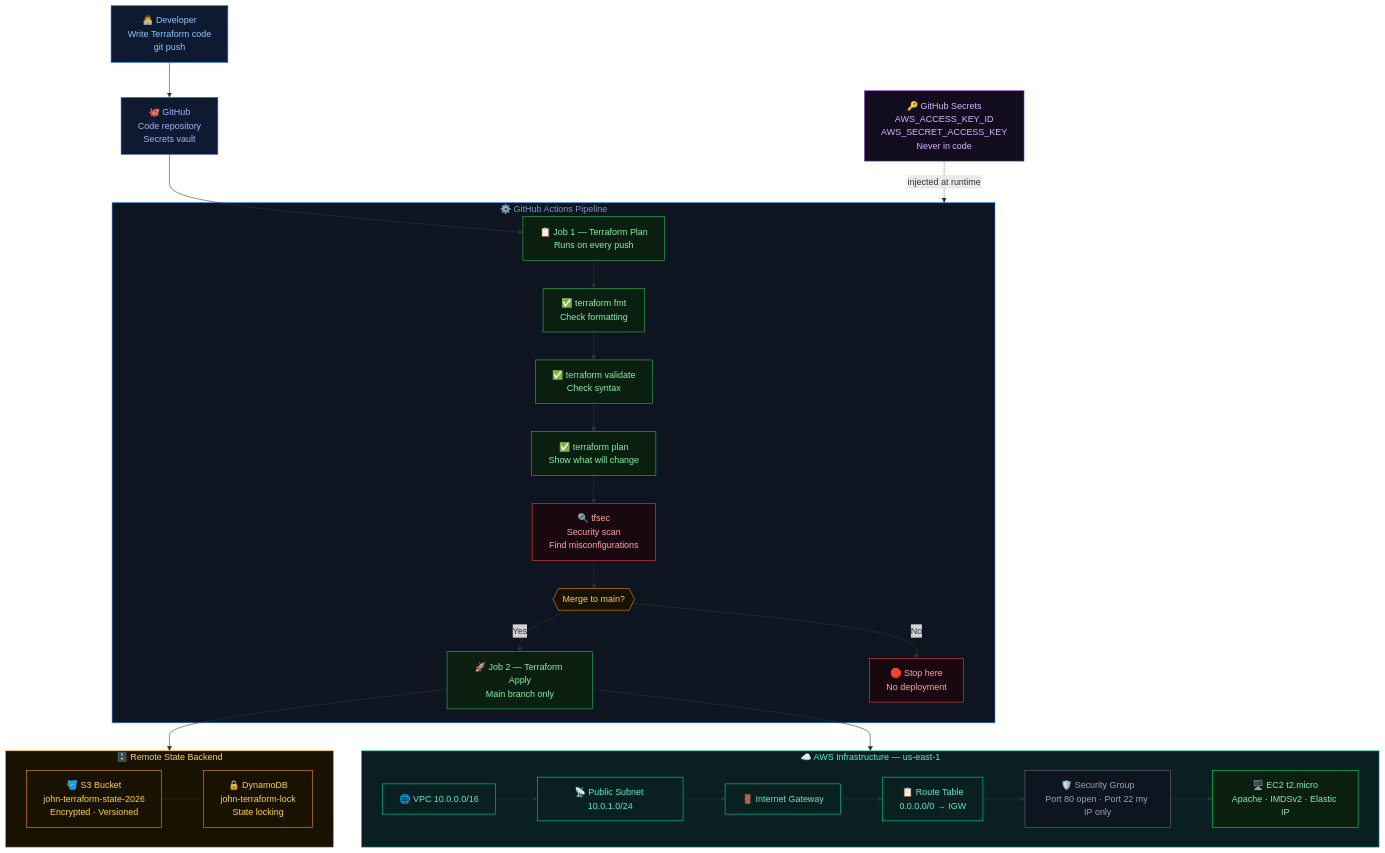
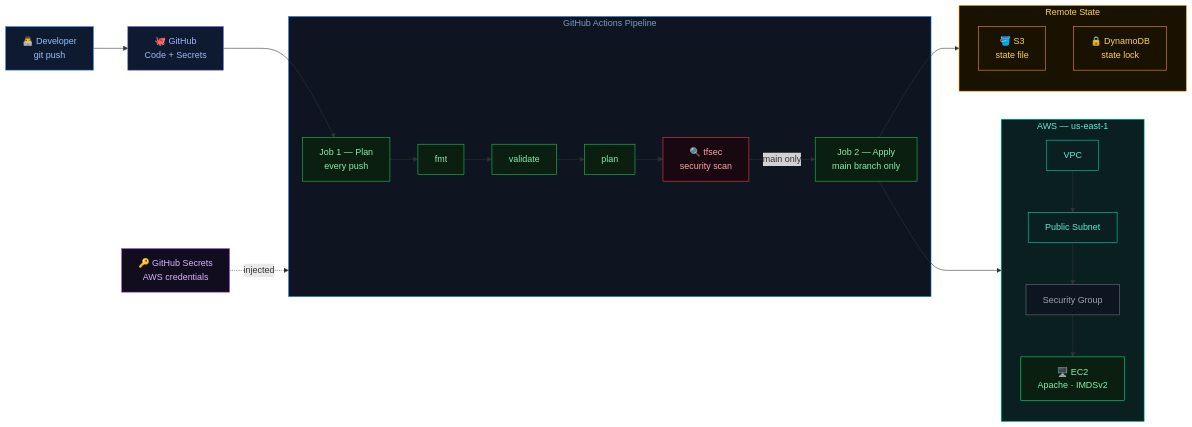
Before and after one commit to johntay379-hub/secure-cicd-pipeline: the diagram in README.md, drawn with Mermaid. The commit also changed other lines of this file and 1 other file, not shown here.

Commit message:
Complete README overhaul — fixed title, diagram, challenges, badges

````diff
--- a/README.md
+++ b/README.md
@@ -41,81 +17,58 @@
 ```mermaid
-flowchart TD
+flowchart LR
     DEV["👨‍💻 Developer
-Write Terraform code
-git push"] --> GH
-    GH["🐙 GitHub
-Code repository
-Secrets vault"] --> CI
+git push"] --> GH["🐙 GitHub
+Code + Secrets"]
 
-    subgraph PIPELINE["⚙️ GitHub Actions Pipeline"]
-        CI["📋 Job 1 — Terraform Plan
-Runs on every push"]
-        CI --> FMT["✅ terraform fmt
-Check formatting"]
-        FMT --> VAL["✅ terraform validate
-Check syntax"]
-        VAL --> PLAN["✅ terraform plan
-Show what will change"]
-        PLAN --> SEC["🔍 tfsec
-Security scan
-Find misconfigurations"]
-        SEC --> GATE{{"Merge to main?"}}
-        GATE -->|Yes| CD
-        GATE -->|No| STOP["🛑 Stop here
-No deployment"]
-        CD["🚀 Job 2 — Terraform Apply
-Main branch only"]
+    GH --> JOB1
+
+    subgraph PIPELINE["GitHub Actions Pipeline"]
+        JOB1["Job 1 — Plan
+every push"] --> FMT["fmt"]
+        FMT --> VAL["validate"]
+        VAL --> PLAN["plan"]
+        PLAN --> TFSEC["🔍 tfsec
+security scan"]
+        TFSEC -->|main only| JOB2["Job 2 — Apply
+main branch only"]
     end
 
-    subgraph BACKEND["🗄️ Remote State Backend"]
-        S3S["🪣 S3 Bucket
-john-terraform-state-2026
-Encrypted · Versioned"]
+    subgraph STATE["Remote State"]
+        S3["🪣 S3
+state file"]
         DDB["🔒 DynamoDB
-john-terraform-lock
-State locking"]
-        S3S --- DDB
+state lock"]
     end
 
-    CD --> BACKEND
-    CD --> AWS
+    JOB2 --> STATE
+    JOB2 --> AWS
 
-    subgraph AWS["☁️ AWS Infrastructure — us-east-1"]
-        VPC["🌐 VPC 10.0.0.0/16"] --> SUB["📡 Public Subnet 10.0.1.0/24"]
-        SUB --> IGW["🚪 Internet Gateway"]
-        IGW --> RT["📋 Route Table
-0.0.0.0/0 → IGW"]
-        RT --> SG["🛡️ Security Group
-Port 80 open · Port 22 my IP only"]
-        SG --> EC2["🖥️ EC2 t2.micro
-Apache · IMDSv2 · Elastic IP"]
+    subgraph AWS["AWS — us-east-1"]
+        VPC["VPC"] --> SUBNET["Public Subnet"]
+        SUBNET --> SG["Security Group"]
+        SG --> EC2["🖥️ EC2
+Apache · IMDSv2"]
     end
 
     SECRETS["🔑 GitHub Secrets
-AWS_ACCESS_KEY_ID
-AWS_SECRET_ACCESS_KEY
-Never in code"] -.->|injected at runtime| PIPELINE
+AWS credentials"] -.->|injected| PIPELINE
 
     style DEV fill:#0d1a30,stroke:#4a9eff,color:#93c5fd
     style GH fill:#0d1a30,stroke:#6366f1,color:#a5b4fc
     style PIPELINE fill:#0e1520,stroke:#2088FF,color:#7a9bbf
-    style CI fill:#0a1f0f,stroke:#22c55e,color:#86efac
+    style JOB1 fill:#0a1f0f,stroke:#22c55e,color:#86efac
     style FMT fill:#0a1f0f,stroke:#22c55e,color:#86efac
     style VAL fill:#0a1f0f,stroke:#22c55e,color:#86efac
     style PLAN fill:#0a1f0f,stroke:#22c55e,color:#86efac
-    style SEC fill:#1a0810,stroke:#ef4444,color:#fca5a5
-    style GATE fill:#1a1200,stroke:#f59e0b,color:#fcd34d
-    style STOP fill:#1a0810,stroke:#ef4444,color:#fca5a5
-    style CD fill:#0a1f0f,stroke:#22c55e,color:#86efac
-    style BACKEND fill:#1a1200,stroke:#f59e0b,color:#fcd34d
-    style S3S fill:#1a1200,stroke:#f59e0b,color:#fcd34d
+    style TFSEC fill:#1a0810,stroke:#ef4444,color:#fca5a5
+    style JOB2 fill:#0a1f0f,stroke:#22c55e,color:#86efac
+    style STATE fill:#1a1200,stroke:#f59e0b,color:#fcd34d
+    style S3 fill:#1a1200,stroke:#f59e0b,color:#fcd34d
     style DDB fill:#1a1200,stroke:#f59e0b,color:#fcd34d
     style AWS fill:#0a2020,stroke:#00d4aa,color:#5eead4
     style VPC fill:#0a2020,stroke:#00d4aa,color:#5eead4
-    style SUB fill:#0a2020,stroke:#00d4aa,color:#5eead4
-    style IGW fill:#0a2020,stroke:#00d4aa,color:#5eead4
-    style RT fill:#0a2020,stroke:#00d4aa,color:#5eead4
+    style SUBNET fill:#0a2020,stroke:#00d4aa,color:#5eead4
     style SG fill:#0d1520,stroke:#6b7280,color:#9ca3af
     style EC2 fill:#0a1f0f,stroke:#00e676,color:#86efac
     style SECRETS fill:#110d1f,stroke:#a855f7,color:#d8b4fe
 ```
````
